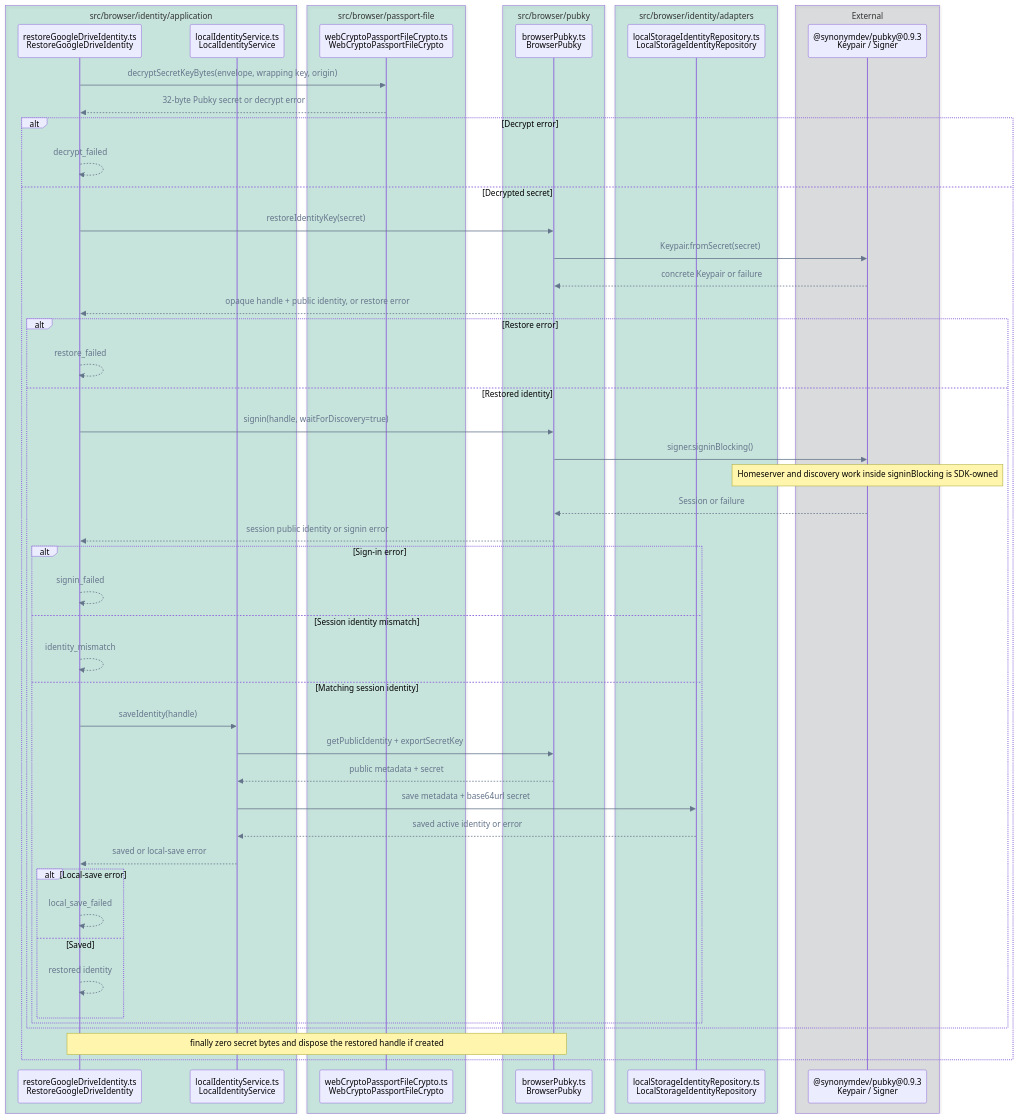
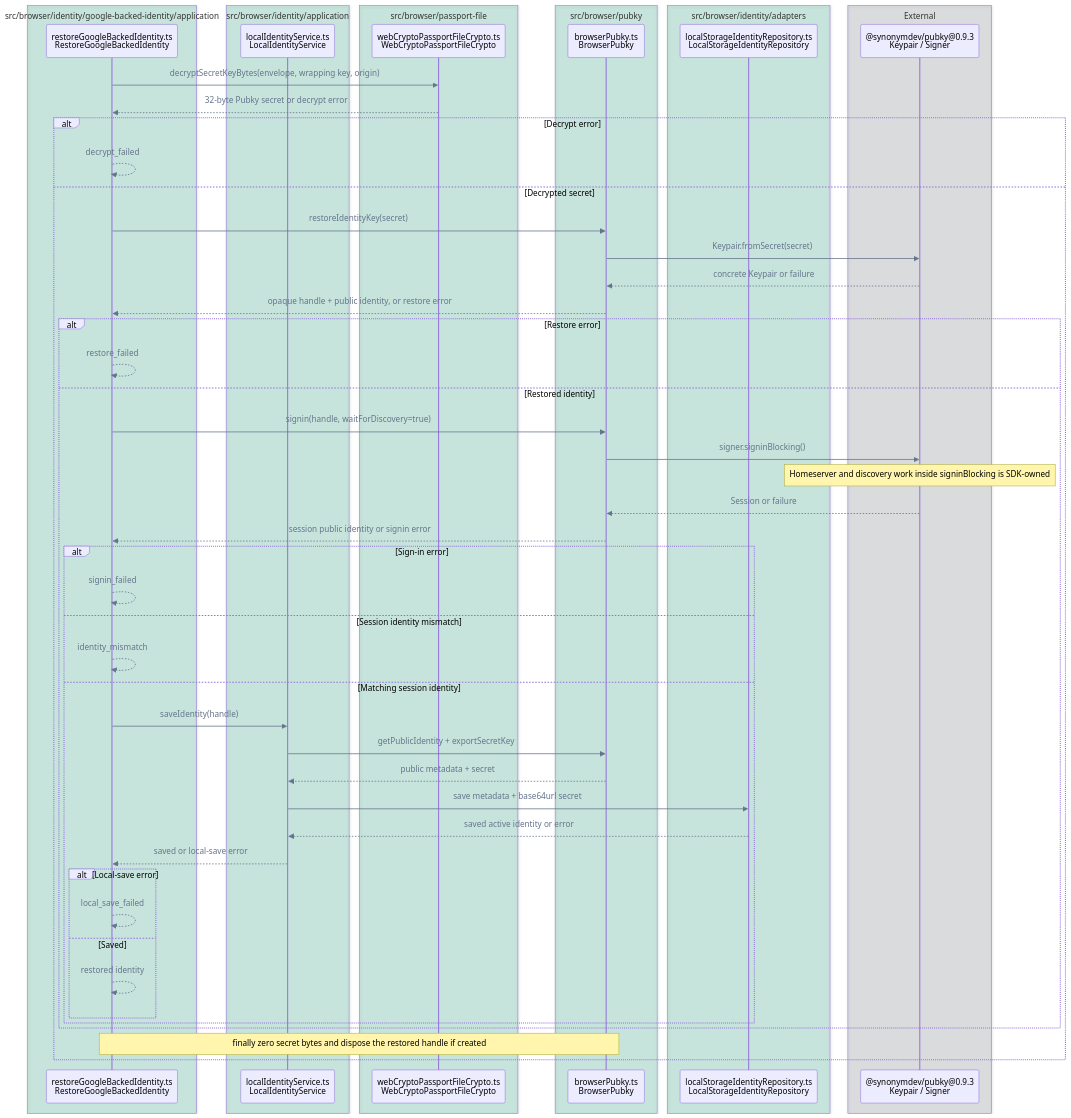
One commit to pubky/pubky-passport changed the ninth of 14 diagrams in FLOWS.md. Above: the diagram before and after it, drawn with Mermaid. The commit also changed other lines of this file and 24 other files, not shown here.

Commit message:
refactor: colocate google-backed identity lifecycle

````diff
--- a/FLOWS.md
+++ b/FLOWS.md
@@ -429,60 +431,62 @@
 ```mermaid
 %%{init: {"themeVariables": {"signalColor": "#64748B", "signalTextColor": "#64748B"}}}%%
 sequenceDiagram
     accTitle: Existing identity restore call flow
     accDescr: Browser crypto decrypts the Drive envelope, BrowserPubky signs in with the restored key, and only a matching activated identity is saved locally; failures stop before later stages and cleanup runs after decryption succeeds.
+    box rgba(0, 158, 115, 0.18) src/browser/identity/google-backed-identity/application
+        participant Restore as restoreGoogleBackedIdentity.ts<br/>RestoreGoogleBackedIdentity
+    end
     box rgba(0, 158, 115, 0.18) src/browser/identity/application
-        participant Restore as restoreGoogleDriveIdentity.ts<br/>RestoreGoogleDriveIdentity
         participant Local as localIdentityService.ts<br/>LocalIdentityService
     end
     box rgba(0, 158, 115, 0.18) src/browser/passport-file
         participant Crypto as webCryptoPassportFileCrypto.ts<br/>WebCryptoPassportFileCrypto
     end
     box rgba(0, 158, 115, 0.18) src/browser/pubky
         participant Pubky as browserPubky.ts<br/>BrowserPubky
     end
     box rgba(0, 158, 115, 0.18) src/browser/identity/adapters
         participant Repo as localStorageIdentityRepository.ts<br/>LocalStorageIdentityRepository
     end
     box rgba(17, 24, 39, 0.12) External
         participant SDK as @synonymdev/pubky@0.9.3<br/>Keypair / Signer
     end
 
     Restore->>Crypto: decryptSecretKeyBytes(envelope, wrapping key, origin)
     Crypto-->>Restore: 32-byte Pubky secret or decrypt error
     alt Decrypt error
         Restore-->>Restore: decrypt_failed
     else Decrypted secret
         Restore->>Pubky: restoreIdentityKey(secret)
         Pubky->>SDK: Keypair.fromSecret(secret)
         SDK-->>Pubky: concrete Keypair or failure
         Pubky-->>Restore: opaque handle + public identity, or restore error
         alt Restore error
             Restore-->>Restore: restore_failed
         else Restored identity
             Restore->>Pubky: signin(handle, waitForDiscovery=true)
             Pubky->>SDK: signer.signinBlocking()
             Note over SDK: Homeserver and discovery work inside signinBlocking is SDK-owned
             SDK-->>Pubky: Session or failure
             Pubky-->>Restore: session public identity or signin error
             alt Sign-in error
                 Restore-->>Restore: signin_failed
             else Session identity mismatch
                 Restore-->>Restore: identity_mismatch
             else Matching session identity
                 Restore->>Local: saveIdentity(handle)
                 Local->>Pubky: getPublicIdentity + exportSecretKey
                 Pubky-->>Local: public metadata + secret
                 Local->>Repo: save metadata + base64url secret
                 Repo-->>Local: saved active identity or error
                 Local-->>Restore: saved or local-save error
                 alt Local-save error
                     Restore-->>Restore: local_save_failed
                 else Saved
                     Restore-->>Restore: restored identity
                 end
             end
         end
         Note over Restore,Pubky: finally zero secret bytes and dispose the restored handle if created
     end
 ```
````
